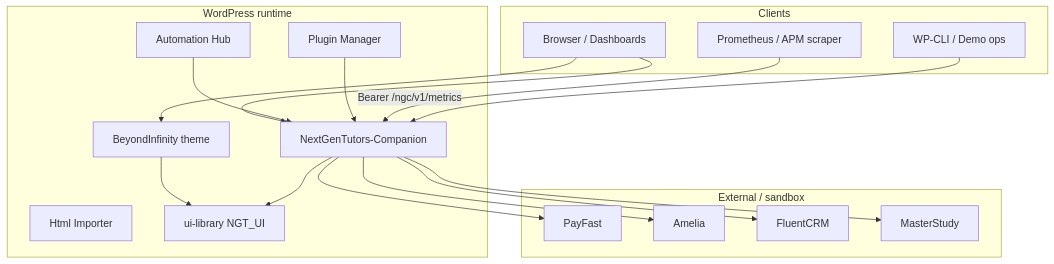
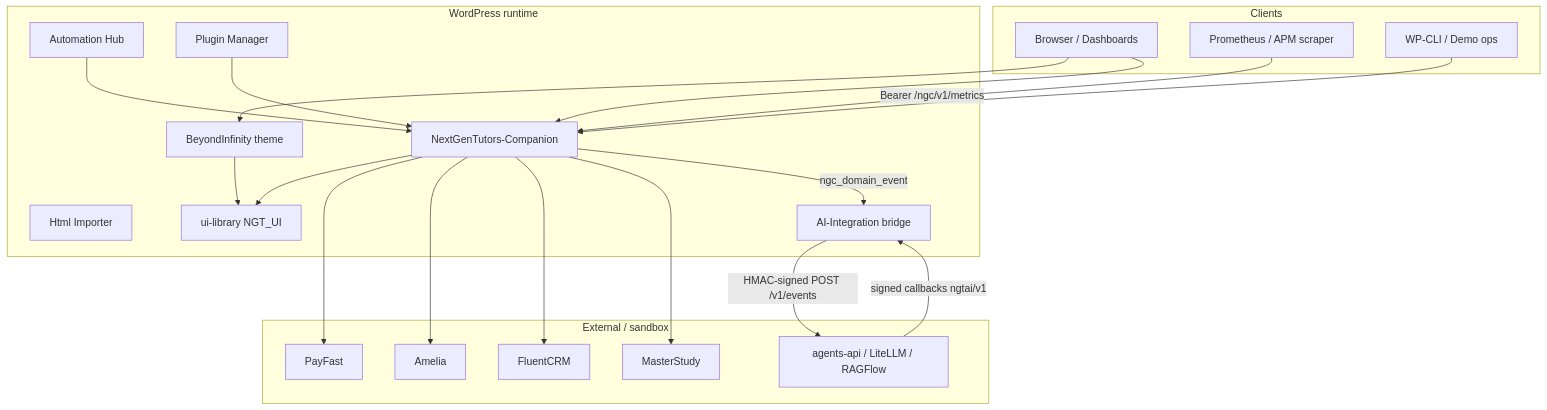
Before and after one commit to MarvelousME/newuinextgen: the first of 2 diagrams in documentation/platform-architecture.md, drawn with Mermaid. The commit also changed other lines of this file and 281 other files, not shown here.

````diff
--- a/documentation/platform-architecture.md
+++ b/documentation/platform-architecture.md
@@ -19,37 +19,42 @@
 ```mermaid
 flowchart TB
   subgraph clients [Clients]
     Browser[Browser / Dashboards]
     APM[Prometheus / APM scraper]
     CLI[WP-CLI / Demo ops]
   end
 
   subgraph wp [WordPress runtime]
     Theme[BeyondInfinity theme]
     Comp[NextGenTutors-Companion]
     Hub[Automation Hub]
     NGCPM[Plugin Manager]
     Importer[Html Importer]
+    NGTAI[AI-Integration bridge]
     UI[ui-library NGT_UI]
   end
 
   subgraph external [External / sandbox]
     PF[PayFast]
     Amelia[Amelia]
     CRM[FluentCRM]
     LMS[MasterStudy]
+    AgentsAPI[agents-api / LiteLLM / RAGFlow]
   end
 
   Browser --> Theme
   Browser --> Comp
   Theme --> UI
   Comp --> UI
   Comp --> PF
   Comp --> Amelia
   Comp --> CRM
   Comp --> LMS
   Hub --> Comp
   NGCPM --> Comp
+  Comp -->|ngc_domain_event| NGTAI
+  NGTAI -->|HMAC-signed POST /v1/events| AgentsAPI
+  AgentsAPI -->|signed callbacks ngtai/v1| NGTAI
   APM -->|Bearer /ngc/v1/metrics| Comp
   CLI --> Comp
 ```
````
